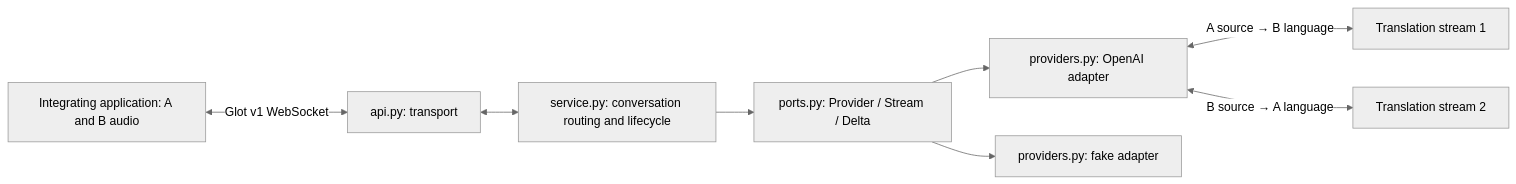
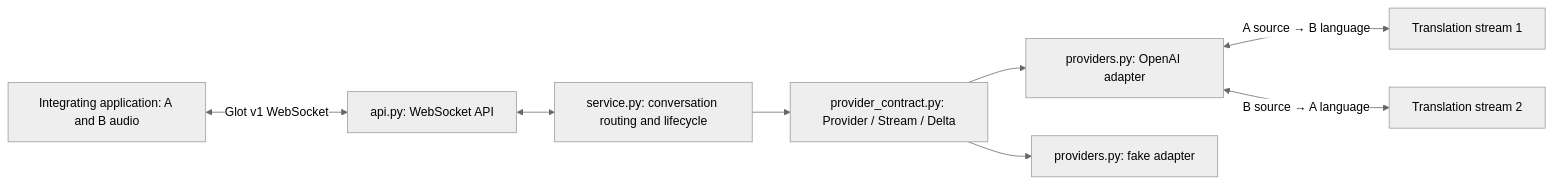
The diagram in DESIGN.md (rkurvakat9/glotapi), drawn with Mermaid (neutral theme) before and after one commit. The commit also changed other lines of this file and 9 other files, not shown here.

Commit message:
Clarify API and provider boundaries and add architecture diagrams

````diff
--- a/DESIGN.md
+++ b/DESIGN.md
@@ -13,10 +13,10 @@
 ```mermaid
 flowchart LR
-    C[Integrating application: A and B audio] <-->|Glot v1 WebSocket| API[api.py: transport]
+    C[Integrating application: A and B audio] <-->|Glot v1 WebSocket| API[api.py: WebSocket API]
     API <--> S[service.py: conversation routing and lifecycle]
-    S --> P[ports.py: Provider / Stream / Delta]
+    S --> P[provider_contract.py: Provider / Stream / Delta]
     P --> O[providers.py: OpenAI adapter]
     P --> F[providers.py: fake adapter]
     O <-->|A source → B language| U1[Translation stream 1]
     O <-->|B source → A language| U2[Translation stream 2]
 ```
````
